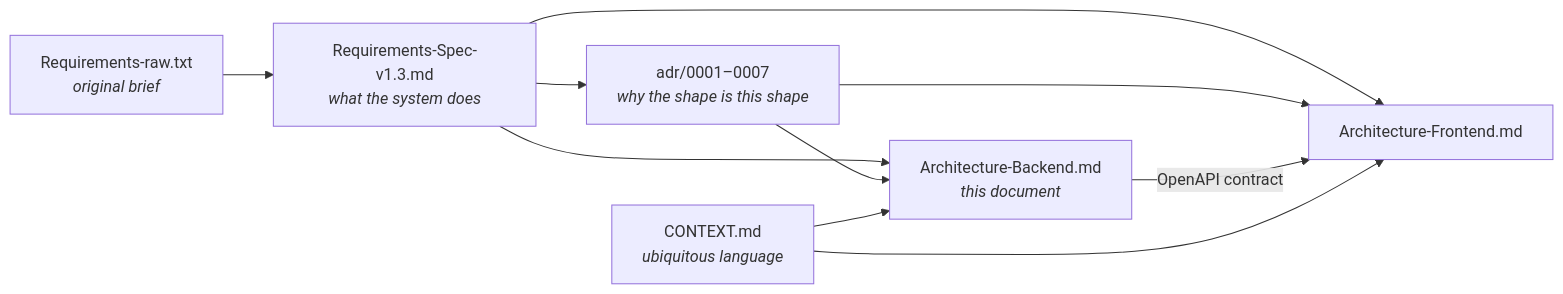
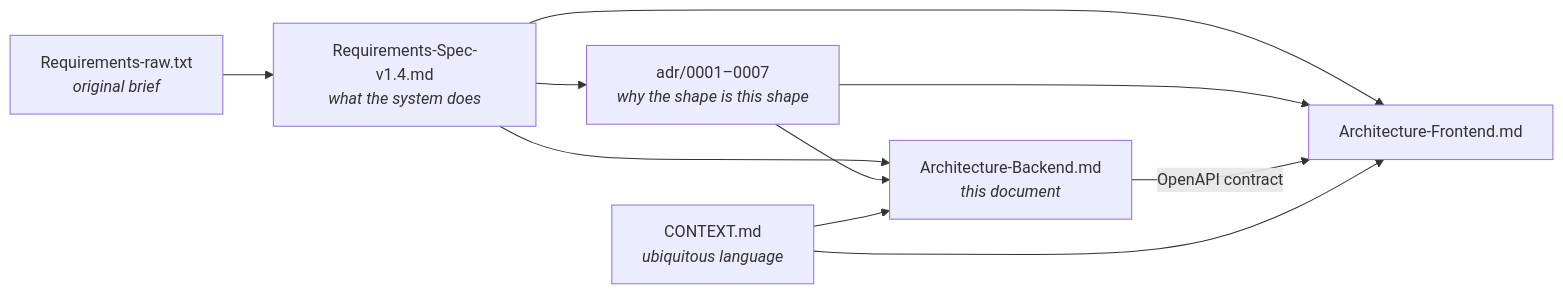
Before and after one commit to shabibmr/karat-hive: the first of 7 diagrams in docs/Architecture-Backend.md, drawn with Mermaid. The commit also changed other lines of this file and 31 other files, not shown here.

````diff
--- a/docs/Architecture-Backend.md
+++ b/docs/Architecture-Backend.md
@@ -77,12 +77,12 @@
 ```mermaid
 flowchart LR
-    RAW["Requirements-raw.txt<br/><i>original brief</i>"] --> SRS["Requirements-Spec-v1.3.md<br/><i>what the system does</i>"]
+    RAW["Requirements-raw.txt<br/><i>original brief</i>"] --> SRS["Requirements-Spec-v1.4.md<br/><i>what the system does</i>"]
     SRS --> ADR["adr/0001–0007<br/><i>why the shape is this shape</i>"]
     SRS --> BE["Architecture-Backend.md<br/><i>this document</i>"]
     SRS --> FE["Architecture-Frontend.md"]
     ADR --> BE
     ADR --> FE
     BE -->|OpenAPI contract| FE
     CTX["CONTEXT.md<br/><i>ubiquitous language</i>"] --> BE
     CTX --> FE
 ```
````
